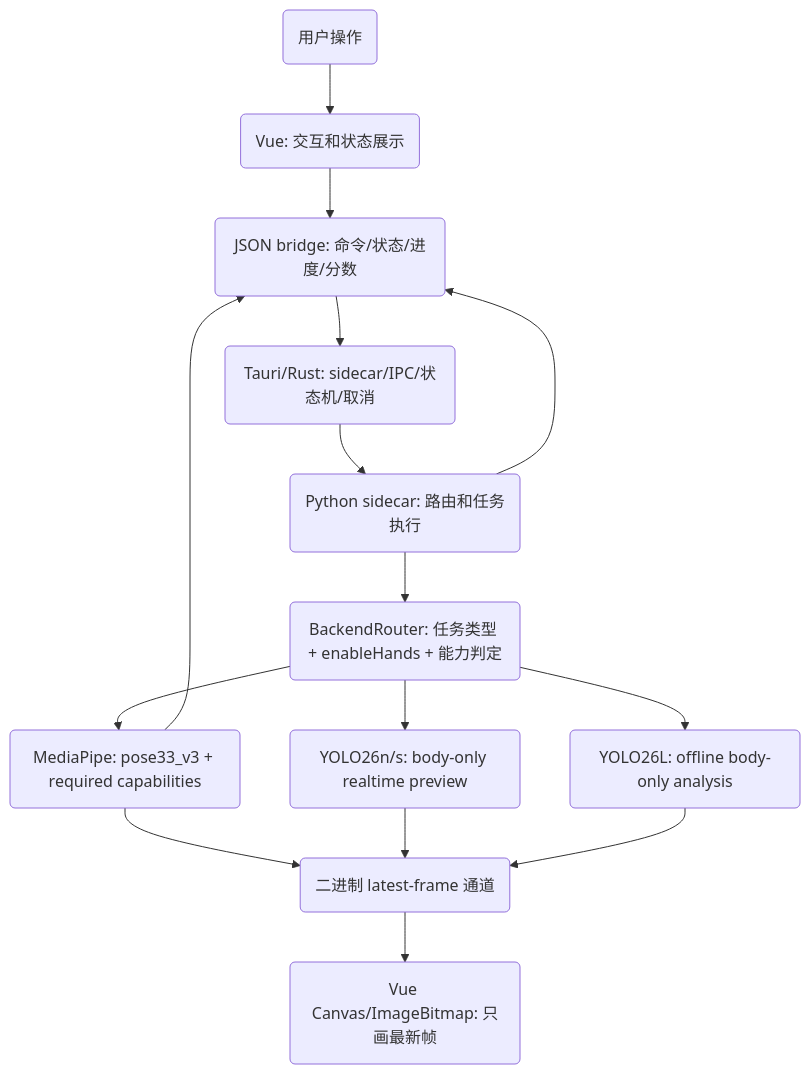
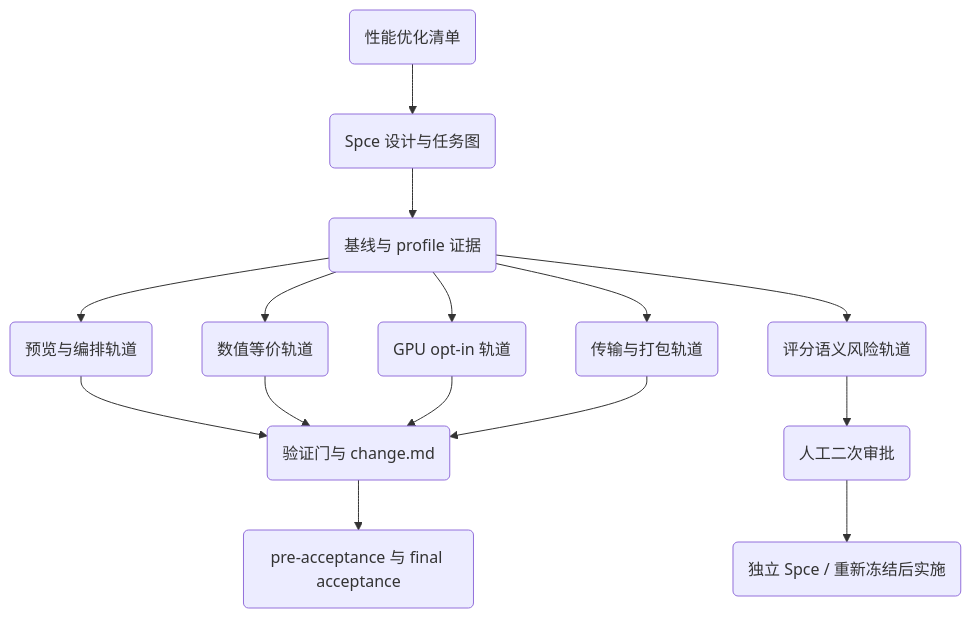
Before and after one commit to YGuo-2/vision: the diagram in docs/specs/design.md, drawn with Mermaid. The commit also changed other lines of this file and 44 other files, not shown here.

````diff
--- a/docs/specs/design.md
+++ b/docs/specs/design.md
@@ -97,17 +105,17 @@
 ```mermaid
 flowchart TD
-    User("用户操作") --> Vue("Vue: 交互和状态展示")
-    Vue --> JsonBridge("JSON bridge: 命令/状态/进度/分数")
-    JsonBridge --> Tauri("Tauri/Rust: sidecar/IPC/状态机/取消")
-    Tauri --> Python("Python sidecar: 路由和任务执行")
-    Python --> Router("BackendRouter: 任务类型 + enableHands + 能力判定")
-    Router --> MP("MediaPipe: pose33_v3 + required capabilities")
-    Router --> YoloN("YOLO26n/s: body-only realtime preview")
-    Router --> YoloL("YOLO26L: offline body-only analysis")
-    MP --> JsonBridge
-    MP --> FrameChannel("二进制 latest-frame 通道")
-    YoloN --> FrameChannel("二进制 latest-frame 通道")
-    YoloL --> FrameChannel
-    FrameChannel --> Canvas("Vue Canvas/ImageBitmap: 只画最新帧")
-    Python --> JsonBridge
+    inventory("性能优化清单") --> spec("Spce 设计与任务图")
+    spec --> baseline("基线与 profile 证据")
+    baseline --> preview("预览与编排轨道")
+    baseline --> numeric("数值等价轨道")
+    baseline --> gpu("GPU opt-in 轨道")
+    baseline --> risky("评分语义风险轨道")
+    baseline --> transport("传输与打包轨道")
+    preview --> gates("验证门与 change.md")
+    numeric --> gates
+    gpu --> gates
+    risky --> approval("人工二次审批")
+    approval --> separate("独立 Spce / 重新冻结后实施")
+    transport --> gates
+    gates --> acceptance("pre-acceptance 与 final acceptance")
 ```
````
